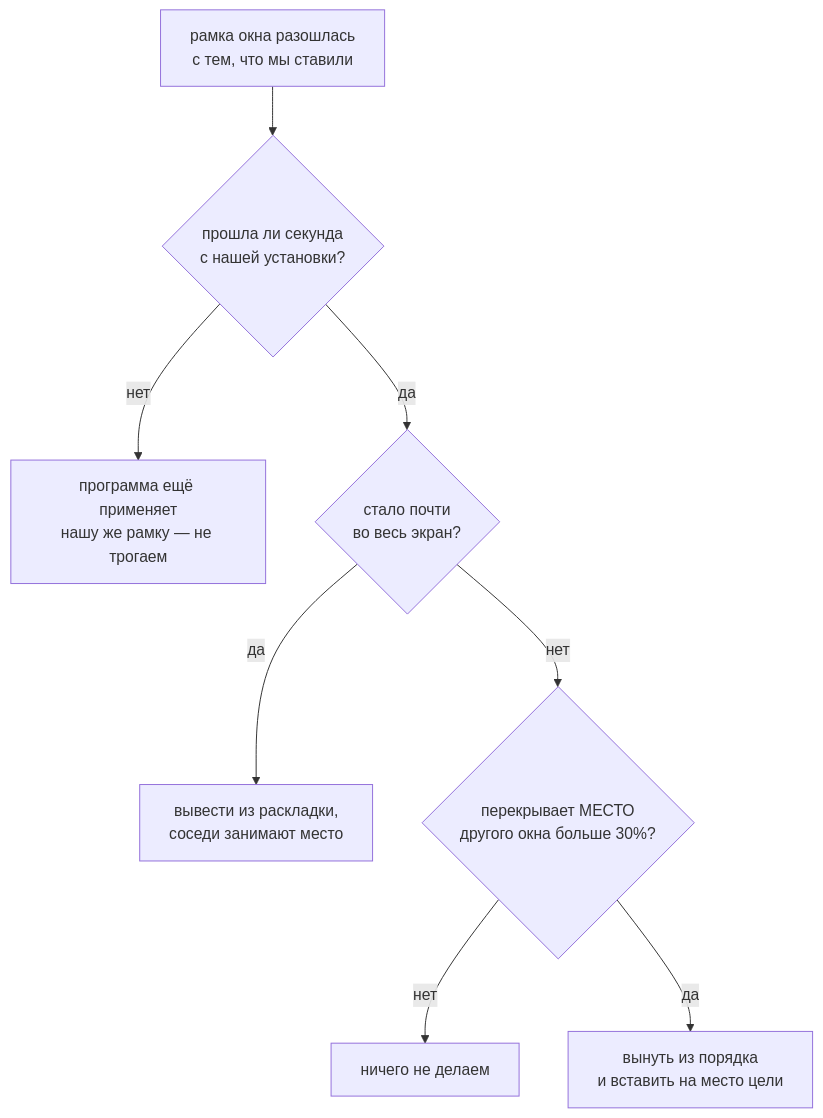
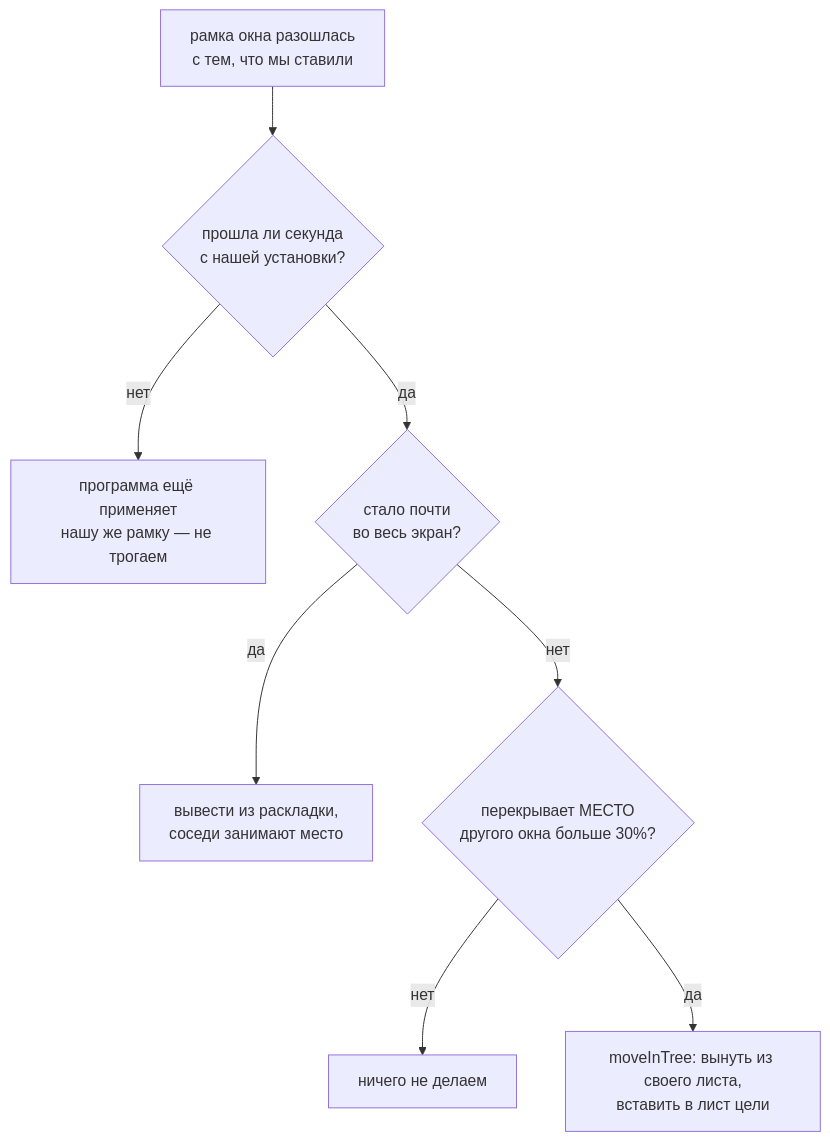
Before and after one commit to asmithdots-debug/wincycle: the fourth of 4 diagrams in DESIGN.md, drawn with Mermaid. The commit also changed other lines of this file and 2 other files, not shown here.

````diff
--- a/DESIGN.md
+++ b/DESIGN.md
@@ -183,10 +184,10 @@
 ```mermaid
 flowchart TD
     A["рамка окна разошлась<br/>с тем, что мы ставили"] --> B{"прошла ли секунда<br/>с нашей установки?"}
     B -- "нет" --> C["программа ещё применяет<br/>нашу же рамку — не трогаем"]
     B -- "да" --> D{"стало почти<br/>во весь экран?"}
     D -- "да" --> E["вывести из раскладки,<br/>соседи занимают место"]
     D -- "нет" --> F{"перекрывает МЕСТО<br/>другого окна больше 30%?"}
     F -- "нет" --> G["ничего не делаем"]
-    F -- "да" --> H["вынуть из порядка<br/>и вставить на место цели"]
+    F -- "да" --> H["moveInTree: вынуть из своего листа,<br/>вставить в лист цели"]
 ```
````
